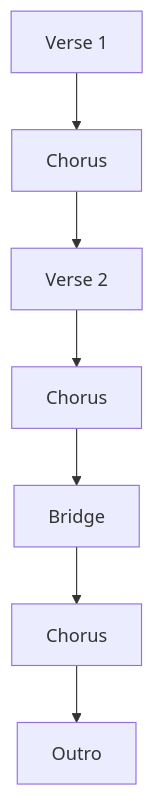
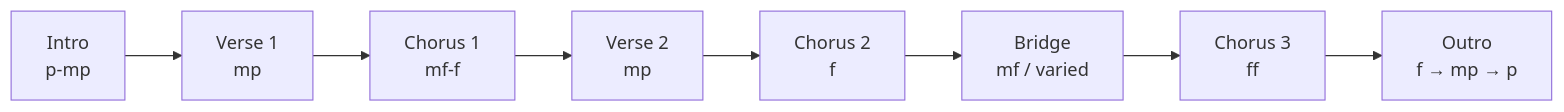
One commit to blebleblee/synapse changed the second of 2 diagrams in topics/arts/composition/songwriting/lesson_01_song_structure.md. Above: the diagram before and after it, drawn with Mermaid. The commit also changed other lines of this file and 4 other files, not shown here.

````diff
--- a/topics/arts/composition/songwriting/lesson_01_song_structure.md
+++ b/topics/arts/composition/songwriting/lesson_01_song_structure.md
@@ -17,9 +98,10 @@
 ```mermaid
-graph TD
-    A["Verse 1"] --> B["Chorus"]
-    B --> C["Verse 2"]
-    C --> D["Chorus"]
-    D --> E["Bridge"]
-    E --> F["Chorus"]
-    F --> G["Outro"]
+graph LR
+    A["Intro<br/>p-mp"] --> B["Verse 1<br/>mp"]
+    B --> C["Chorus 1<br/>mf-f"]
+    C --> D["Verse 2<br/>mp"]
+    D --> E["Chorus 2<br/>f"]
+    E --> F["Bridge<br/>mf / varied"]
+    F --> G["Chorus 3<br/>ff"]
+    G --> H["Outro<br/>f → mp → p"]
 ```
````
